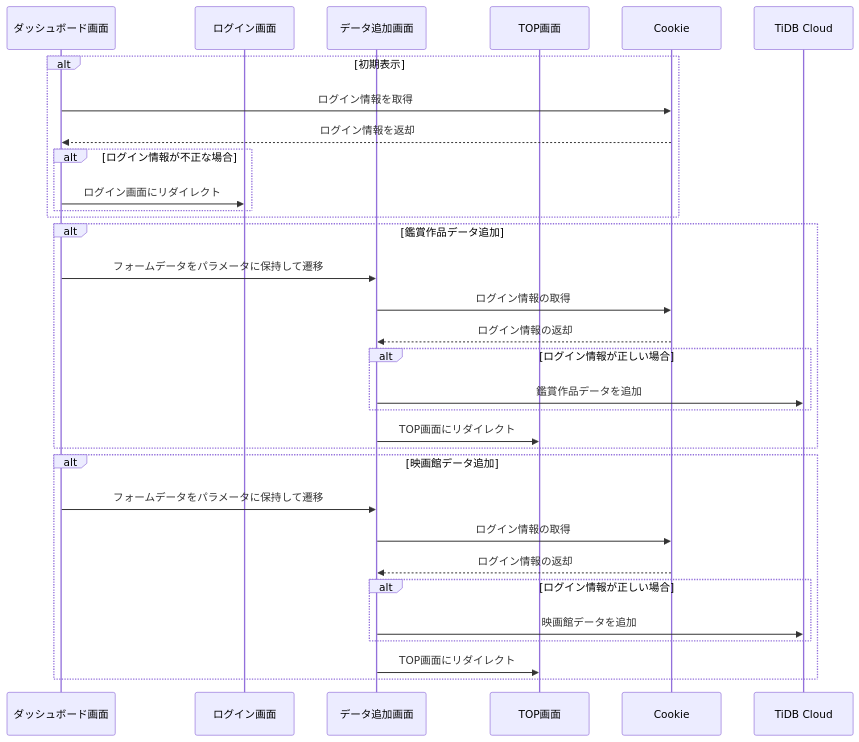
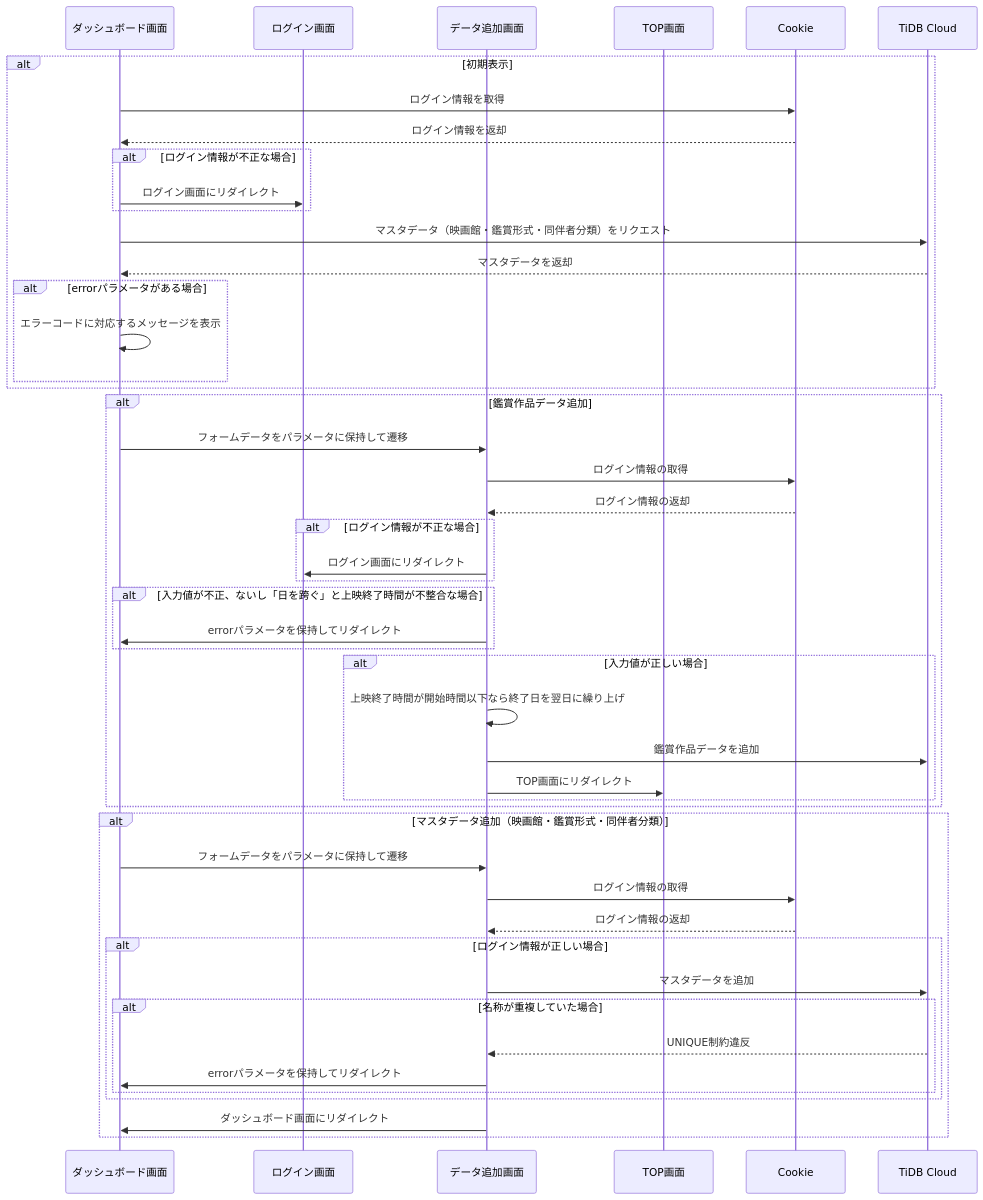
One commit to windchime-yk/cinelog changed the sixth of 6 diagrams in README.md. Above: the diagram before and after it, drawn with Mermaid. The commit also changed 38 other files, not shown here.

````diff
--- a/README.md
+++ b/README.md
@@ -99,37 +99,53 @@
 ```mermaid
 sequenceDiagram
   participant dashboardpage as ダッシュボード画面
   participant loginpage as ログイン画面
   participant redirect as データ追加画面
   participant toppage as TOP画面
   participant cookie as Cookie
   participant db as TiDB Cloud
   
   alt 初期表示
     dashboardpage ->> cookie : ログイン情報を取得
     cookie -->> dashboardpage : ログイン情報を返却
     alt ログイン情報が不正な場合
       dashboardpage ->> loginpage : ログイン画面にリダイレクト
     end
+    dashboardpage ->> db : マスタデータ（映画館・鑑賞形式・同伴者分類）をリクエスト
+    db -->> dashboardpage : マスタデータを返却
+    alt errorパラメータがある場合
+      dashboardpage ->> dashboardpage : エラーコードに対応するメッセージを表示
+    end
   end
   
   alt 鑑賞作品データ追加
     dashboardpage ->> redirect : フォームデータをパラメータに保持して遷移
     redirect ->> cookie : ログイン情報の取得
     cookie -->> redirect : ログイン情報の返却
-    alt ログイン情報が正しい場合
+    alt ログイン情報が不正な場合
+      redirect ->> loginpage : ログイン画面にリダイレクト
+    end
+    alt 入力値が不正、ないし「日を跨ぐ」と上映終了時間が不整合な場合
+      redirect ->> dashboardpage : errorパラメータを保持してリダイレクト
+    end
+    alt 入力値が正しい場合
+      redirect ->> redirect : 上映終了時間が開始時間以下なら終了日を翌日に繰り上げ
       redirect ->> db : 鑑賞作品データを追加
+      redirect ->> toppage : TOP画面にリダイレクト
     end
-    redirect ->> toppage : TOP画面にリダイレクト
   end
 
-  alt 映画館データ追加
+  alt マスタデータ追加（映画館・鑑賞形式・同伴者分類）
     dashboardpage ->> redirect : フォームデータをパラメータに保持して遷移
     redirect ->> cookie : ログイン情報の取得
     cookie -->> redirect : ログイン情報の返却
     alt ログイン情報が正しい場合
-      redirect ->> db : 映画館データを追加
+      redirect ->> db : マスタデータを追加
+      alt 名称が重複していた場合
+        db -->> redirect : UNIQUE制約違反
+        redirect ->> dashboardpage : errorパラメータを保持してリダイレクト
+      end
     end
-    redirect ->> toppage : TOP画面にリダイレクト
+    redirect ->> dashboardpage : ダッシュボード画面にリダイレクト
   end
 ```
````
